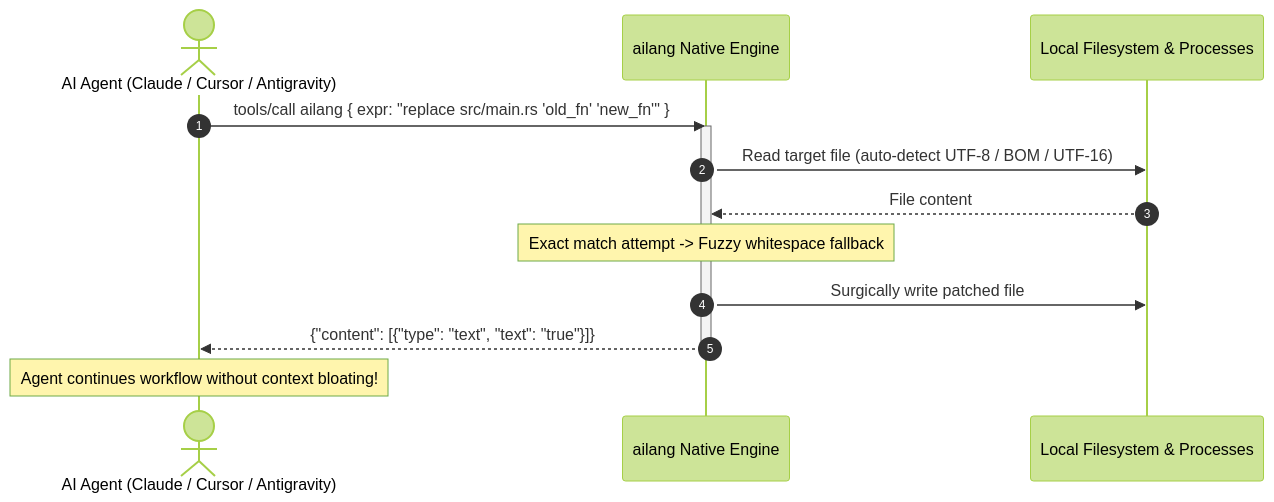
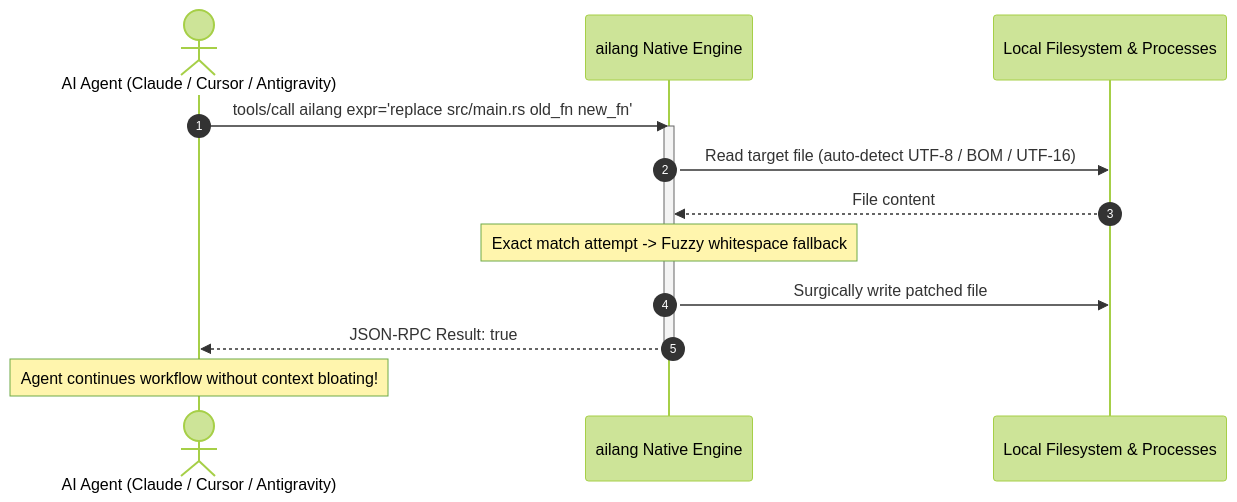
Before and after one commit to nbuzzi/ailang: the second of 2 diagrams in README.md, drawn with Mermaid (forest theme). The commit also changed other lines of this file, not shown here.

Commit message:
fix(docs): resolve Mermaid syntax error by eliminating escaped quotes and raw angle brackets

````diff
--- a/README.md
+++ b/README.md
@@ -143,17 +143,17 @@
 ```mermaid
 sequenceDiagram
     autonumber
     actor LLM as AI Agent (Claude / Cursor / Antigravity)
     participant MCP as ailang Native Engine
     participant FS as Local Filesystem & Processes
 
-    LLM->>MCP: tools/call ailang { expr: "replace src/main.rs 'old_fn' 'new_fn'" }
+    LLM->>MCP: tools/call ailang expr='replace src/main.rs old_fn new_fn'
     activate MCP
     MCP->>FS: Read target file (auto-detect UTF-8 / BOM / UTF-16)
     FS-->>MCP: File content
     Note over MCP: Exact match attempt -> Fuzzy whitespace fallback
     MCP->>FS: Surgically write patched file
-    MCP-->>LLM: {"content": [{"type": "text", "text": "true"}]}
+    MCP-->>LLM: JSON-RPC Result: true
     deactivate MCP
     Note over LLM: Agent continues workflow without context bloating!
 ```
````
